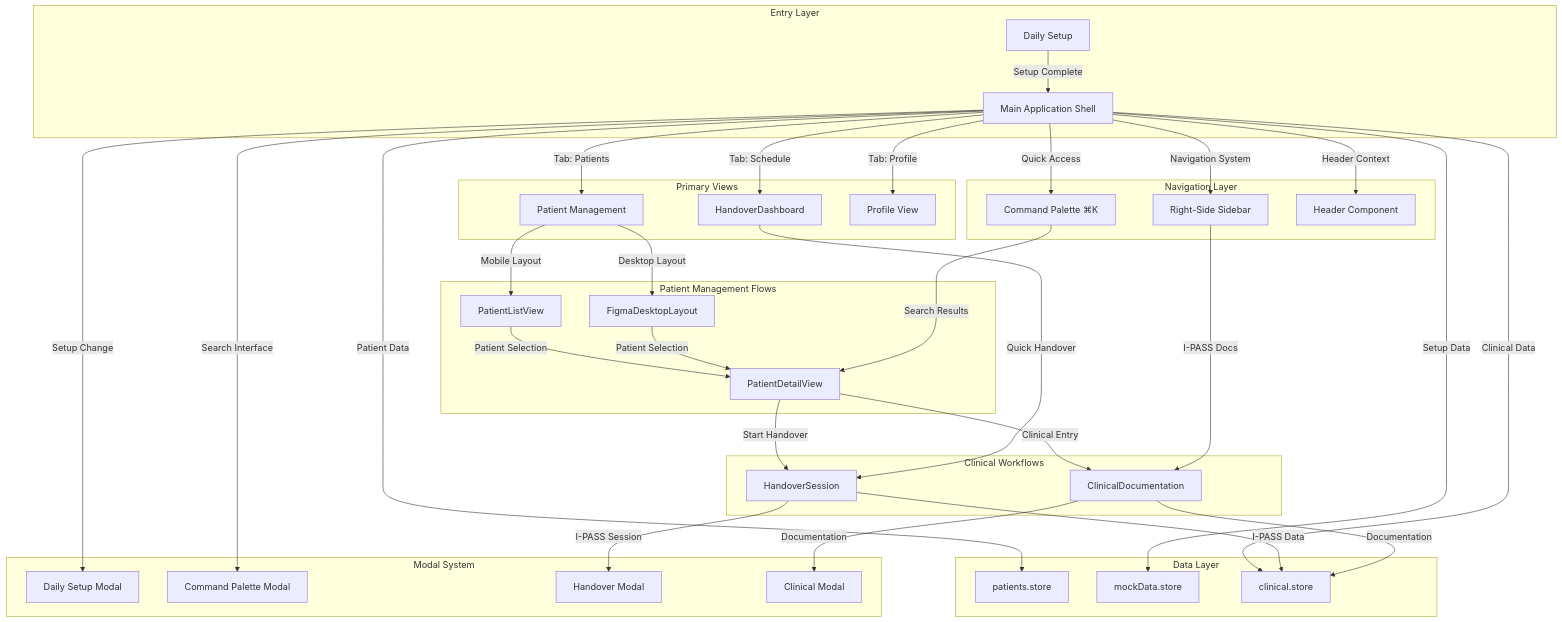
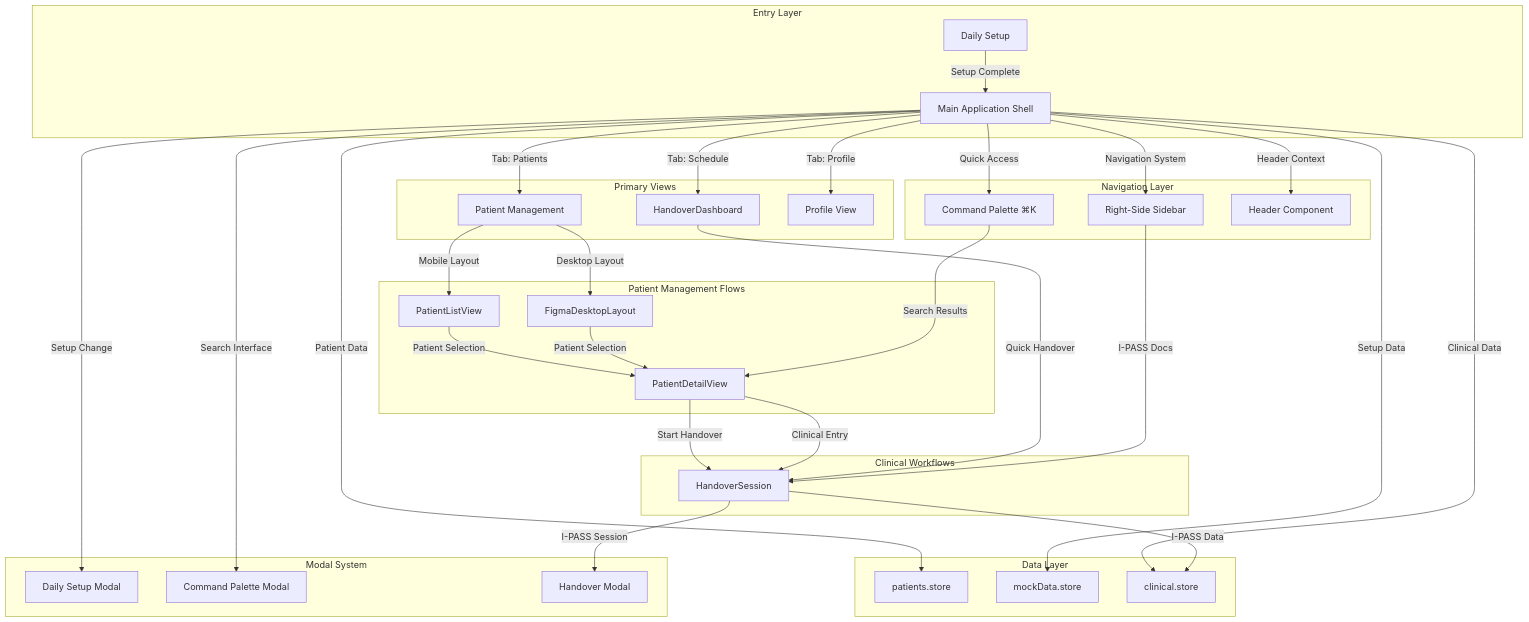
Before and after one commit to LuisCusihuaman/relevo-static-poc: the diagram in docs/UX_APP.md, drawn with Mermaid. The commit also changed 3 other files, not shown here.

````diff
--- a/docs/UX_APP.md
+++ b/docs/UX_APP.md
@@ -196,49 +196,47 @@
 ```mermaid
 graph TB
     subgraph "Entry Layer"
         DS[Daily Setup]
         DS --> |Setup Complete| MAIN[Main Application Shell]
     end
     
     subgraph "Navigation Layer"
         MAIN --> |Navigation System| SIDEBAR[Right-Side Sidebar]
         MAIN --> |Quick Access| CMD[Command Palette ⌘K]
         MAIN --> |Header Context| HEADER[Header Component]
     end
     
     subgraph "Primary Views"
         MAIN --> |Tab: Schedule| DASH[HandoverDashboard]
         MAIN --> |Tab: Patients| PAT[Patient Management]
         MAIN --> |Tab: Profile| PROF[Profile View]
     end
     
     subgraph "Patient Management Flows"
         PAT --> |Mobile Layout| PATLIST[PatientListView]
         PAT --> |Desktop Layout| FIGMA[FigmaDesktopLayout]
         PATLIST --> |Patient Selection| DETAIL[PatientDetailView]
         FIGMA --> |Patient Selection| DETAIL
         CMD --> |Search Results| DETAIL
     end
     
     subgraph "Clinical Workflows"
         DETAIL --> |Start Handover| HANDOVER[HandoverSession]
-        DETAIL --> |Clinical Entry| CLINICAL[ClinicalDocumentation]
+        DETAIL --> |Clinical Entry| HANDOVER
         DASH --> |Quick Handover| HANDOVER
-        SIDEBAR --> |I-PASS Docs| CLINICAL
+        SIDEBAR --> |I-PASS Docs| HANDOVER
     end
     
     subgraph "Data Layer"
         MAIN --> |Patient Data| PSTORE[patients.store]
         MAIN --> |Setup Data| MSTORE[mockData.store]
         MAIN --> |Clinical Data| CSTORE[clinical.store]
         HANDOVER --> |I-PASS Data| CSTORE
-        CLINICAL --> |Documentation| CSTORE
     end
     
     subgraph "Modal System"
         MAIN --> |Setup Change| DSMODAL[Daily Setup Modal]
         MAIN --> |Search Interface| CMDMODAL[Command Palette Modal]
         HANDOVER --> |I-PASS Session| HMODAL[Handover Modal]
-        CLINICAL --> |Documentation| CMODAL[Clinical Modal]
     end
 ```
````
